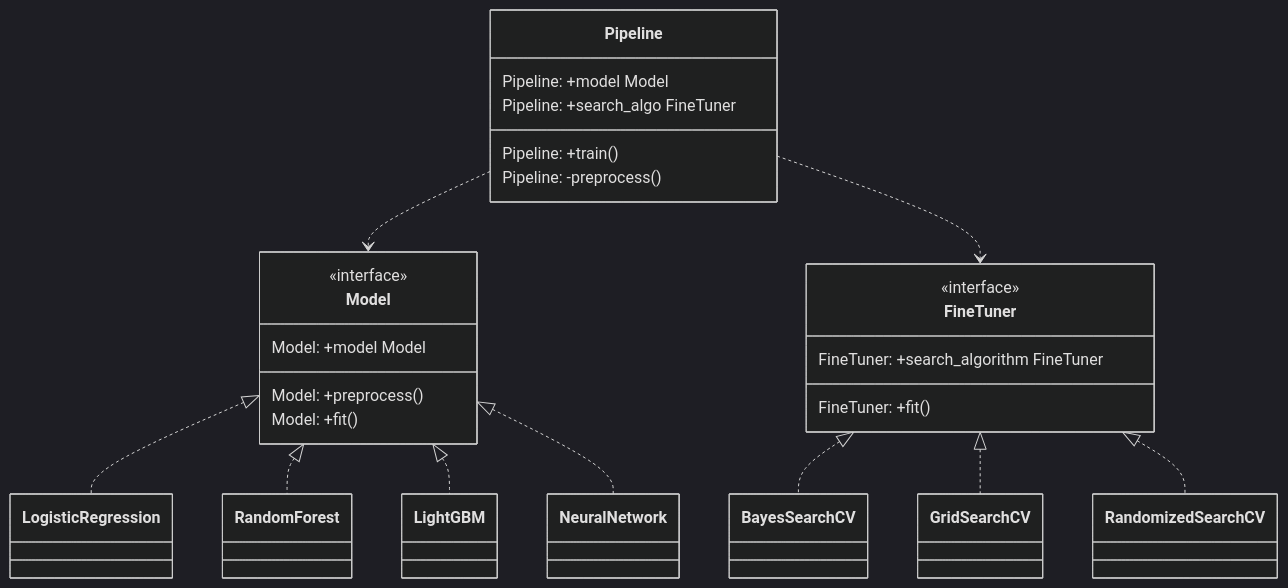
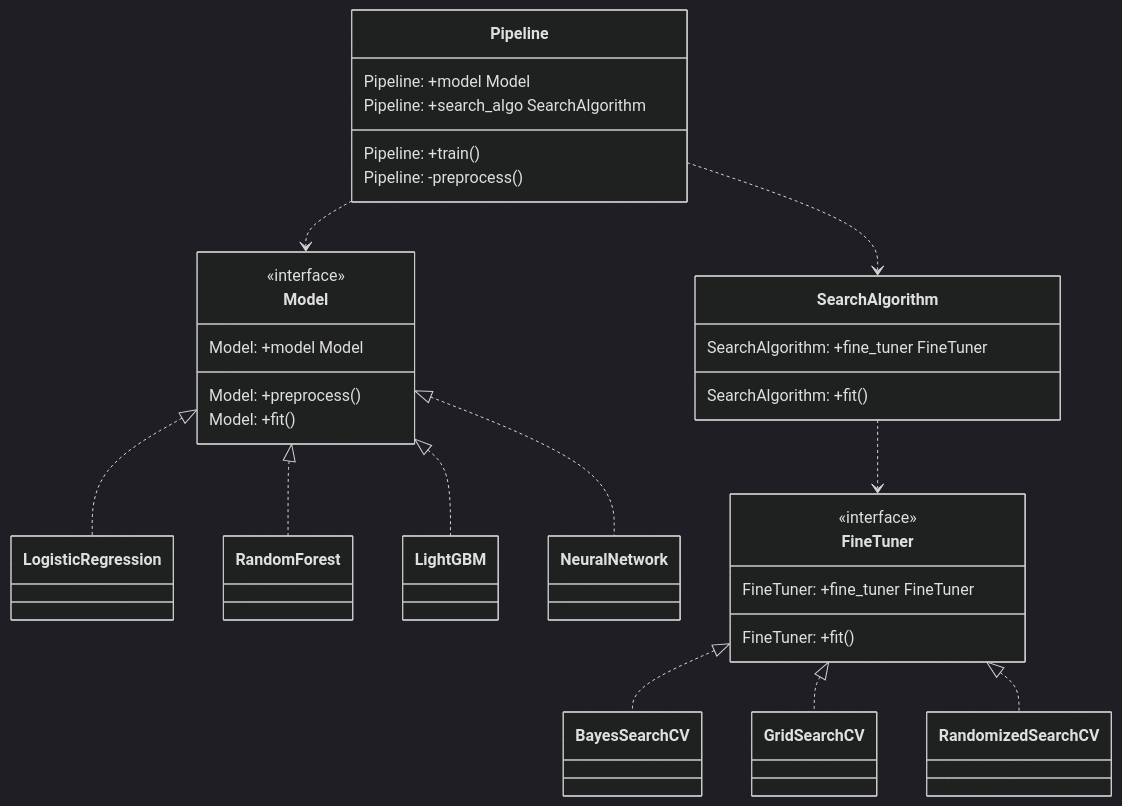
The fourth of 4 diagrams in README.md (UribeAlejandro/DesignPatterns-MLFlow-for-ExperimentTracking), drawn with Mermaid (dark theme) before and after one commit. The commit also changed other lines of this file and 7 other files, not shown here.

````diff
--- a/README.md
+++ b/README.md
@@ -95,31 +119,38 @@
 ```mermaid
 classDiagram-v2
     class Pipeline{
         Pipeline: +model Model
-        Pipeline: +search_algo FineTuner
+        Pipeline: +search_algo SearchAlgorithm
         Pipeline: +train()
         Pipeline: -preprocess()
       }
       Pipeline ..> Model
-      Pipeline ..> FineTuner
+      Pipeline ..> SearchAlgorithm
 
     class Model{
         <<interface>>
         Model: +model Model
         Model: +preprocess()
         Model: +fit()
       }
       Model <|.. LogisticRegression
       Model <|.. RandomForest
       Model <|.. LightGBM
       Model <|.. NeuralNetwork
 
+    class SearchAlgorithm{
+        SearchAlgorithm: +fine_tuner FineTuner
+        SearchAlgorithm: +fit()
+      }
+
+    SearchAlgorithm ..> FineTuner
+
     class FineTuner{
         <<interface>>
-        FineTuner: +search_algorithm FineTuner
+        FineTuner: +fine_tuner FineTuner
         FineTuner: +fit()
       }
       FineTuner <|.. BayesSearchCV
       FineTuner <|.. GridSearchCV
       FineTuner <|.. RandomizedSearchCV
 ```
````
